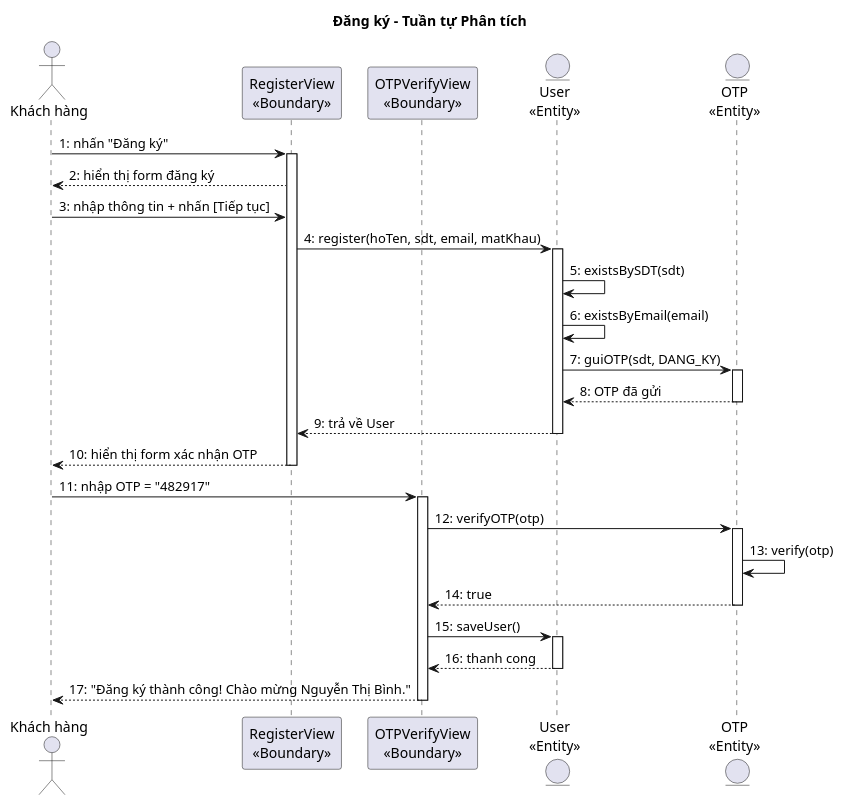
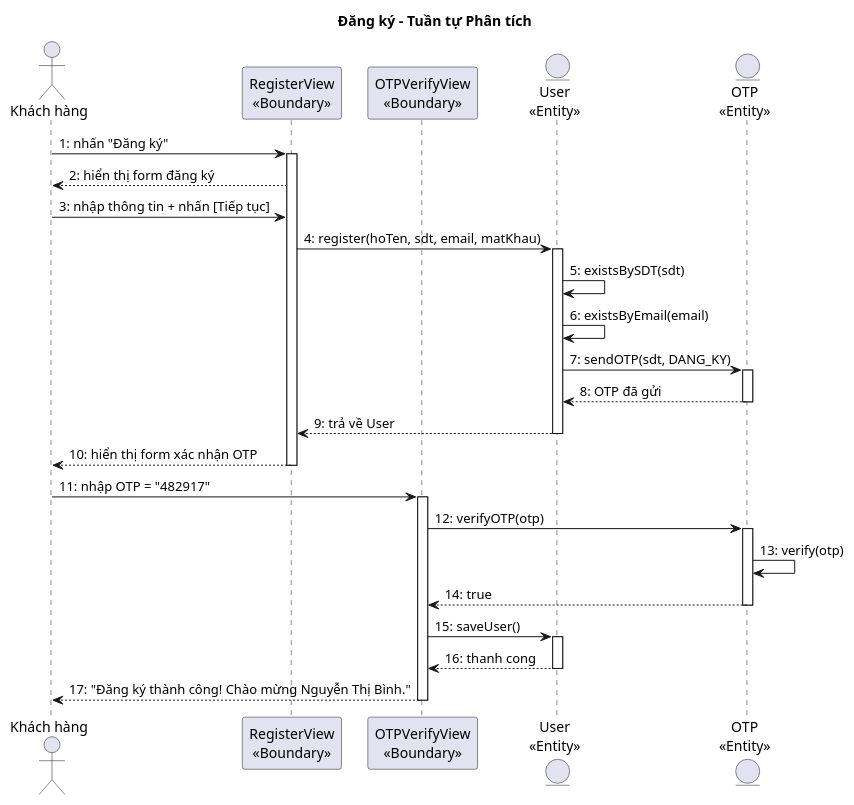
The second of 5 diagrams in docs/tabs/section-account-ii.md (thanhtrnnn/cnpm), drawn with PlantUML before and after one commit. The commit also changed other lines of this file and 10 other files, not shown here.

````diff
--- a/docs/tabs/section-account-ii.md
+++ b/docs/tabs/section-account-ii.md
@@ -280,42 +228,42 @@
 ```plantuml
 @startuml
 title Đăng ký – Tuần tự Phân tích
 
 actor "Khách hàng" as KH
 participant "RegisterView\n<<Boundary>>" as B1
 participant "OTPVerifyView\n<<Boundary>>" as B2
 entity "User\n<<Entity>>" as E1
 entity "OTP\n<<Entity>>" as E2
 
 KH -> B1 : 1: nhấn "Đăng ký"
 activate B1
 B1 --> KH : 2: hiển thị form đăng ký
 KH -> B1 : 3: nhập thông tin + nhấn [Tiếp tục]
 B1 -> E1 : 4: register(hoTen, sdt, email, matKhau)
 activate E1
 E1 -> E1 : 5: existsBySDT(sdt)
 E1 -> E1 : 6: existsByEmail(email)
-E1 -> E2 : 7: guiOTP(sdt, DANG_KY)
+E1 -> E2 : 7: sendOTP(sdt, DANG_KY)
 activate E2
 E2 --> E1 : 8: OTP đã gửi
 deactivate E2
 E1 --> B1 : 9: trả về User
 deactivate E1
 B1 --> KH : 10: hiển thị form xác nhận OTP
 deactivate B1
 
 KH -> B2 : 11: nhập OTP = "482917"
 activate B2
 B2 -> E2 : 12: verifyOTP(otp)
 activate E2
 E2 -> E2 : 13: verify(otp)
 E2 --> B2 : 14: true
 deactivate E2
 B2 -> E1 : 15: saveUser()
 activate E1
 E1 --> B2 : 16: thanh cong
 deactivate E1
 B2 --> KH : 17: "Đăng ký thành công! Chào mừng Nguyễn Thị Bình."
 deactivate B2
 @enduml
 ```
````
